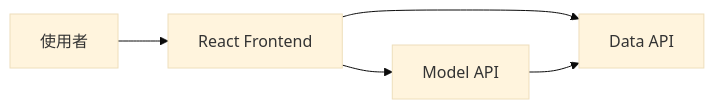
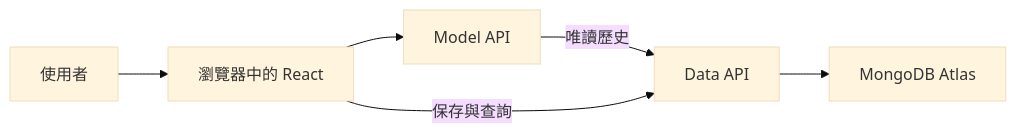
Before and after one commit to CaoCharles/ai-deploy-docs: the first of 2 diagrams in docs/02_runtime_request_flow.md, drawn with Mermaid (base theme). The commit also changed other lines of this file and 14 other files, not shown here.

````diff
--- a/docs/02_runtime_request_flow.md
+++ b/docs/02_runtime_request_flow.md
@@ -22,7 +27,8 @@
 ```mermaid
 flowchart LR
-    User["使用者"] --> Frontend["React Frontend"]
-    Frontend --> Model["Model API"]
-    Frontend --> Data["Data API"]
-    Model --> Data
+    User["使用者"] --> Browser["瀏覽器中的 React"]
+    Browser --> Model["Model API"]
+    Model -->|"唯讀歷史"| Data["Data API"]
+    Browser -->|"保存與查詢"| Data
+    Data --> Mongo["MongoDB Atlas"]
 ```
````
